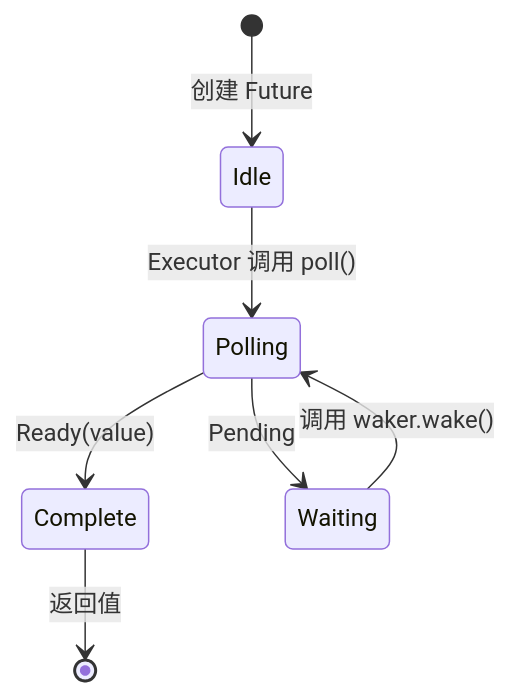
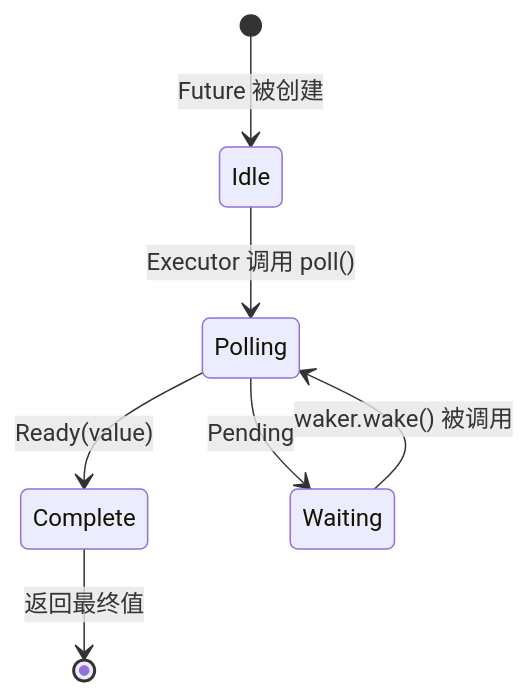
One commit to hearsay316/RustTraining changed the diagram in async-book/src-zh/ch03-how-poll-works.md. Above: the diagram before and after it, drawn with Mermaid. The commit also changed other lines of this file and 20 other files, not shown here.

````diff
--- a/async-book/src-zh/ch03-how-poll-works.md
+++ b/async-book/src-zh/ch03-how-poll-works.md
@@ -13,9 +13,9 @@
 ```mermaid
 stateDiagram-v2
-    [*] --> Idle : 创建 Future
+    [*] --> Idle : Future 被创建
     Idle --> Polling : Executor 调用 poll()
     Polling --> Complete : Ready(value)
     Polling --> Waiting : Pending
-    Waiting --> Polling : 调用 waker.wake()
-    Complete --> [*] : 返回值
+    Waiting --> Polling : waker.wake() 被调用
+    Complete --> [*] : 返回最终值
 ```
````
